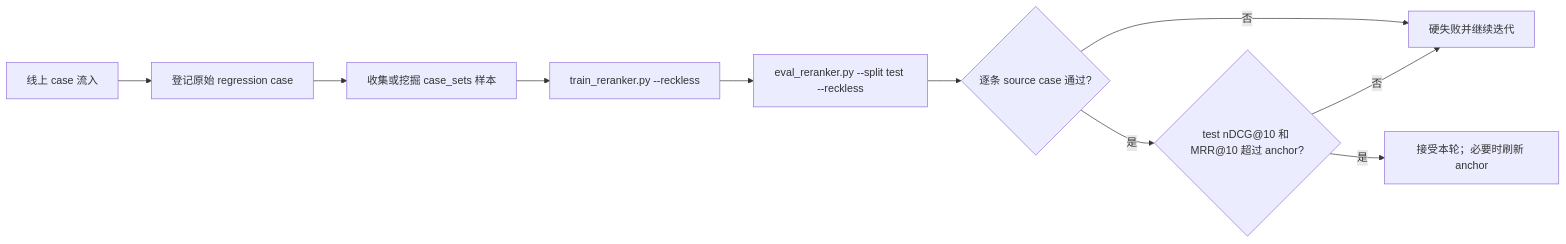
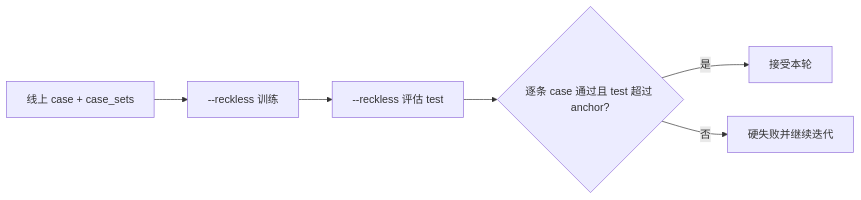
One commit to ansvver/heuriboost changed the second of 2 diagrams in README.zh-CN.md. Above: the diagram before and after it, drawn with Mermaid. The commit also changed 1 other file, not shown here.

Commit message:
add reckless mode

````diff
--- a/README.zh-CN.md
+++ b/README.zh-CN.md
@@ -137,12 +137,8 @@
 ```mermaid
 flowchart LR
-    A["线上 case 流入"] --> B["登记原始 regression case"]
-    B --> C["收集或挖掘 case_sets 样本"]
-    C --> D["train_reranker.py --reckless"]
-    D --> E["eval_reranker.py --split test --reckless"]
-    E --> F{"逐条 source case 通过?"}
-    F -- 否 --> G["硬失败并继续迭代"]
-    F -- 是 --> H{"test nDCG@10 和 MRR@10 超过 anchor?"}
-    H -- 否 --> G
-    H -- 是 --> I["接受本轮；必要时刷新 anchor"]
+    A["线上 case + case_sets"] --> B["--reckless 训练"]
+    B --> C["--reckless 评估 test"]
+    C --> D{"逐条 case 通过且 test 超过 anchor?"}
+    D -- 是 --> E["接受本轮"]
+    D -- 否 --> F["硬失败并继续迭代"]
 ```
````
